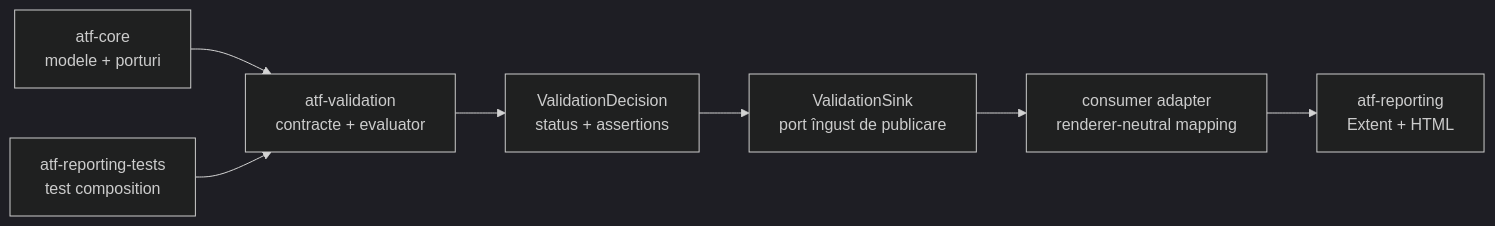
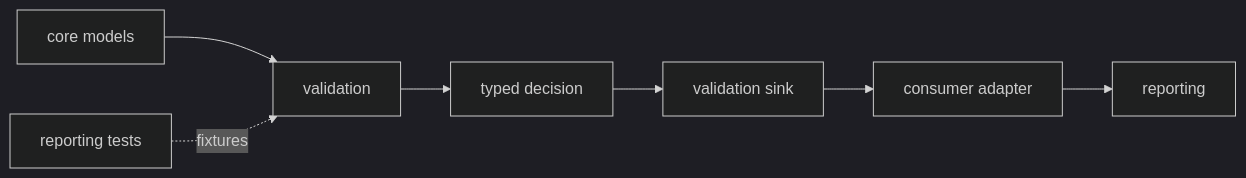
Before and after one commit to crististefanita/demo2: the first of 2 diagrams in atf-validation/README.md, drawn with Mermaid (dark theme). The commit also changed 132 other files, not shown here.

Commit message:
Refine Java ATF reporting assets and Practice Shop validation

````diff
--- a/atf-validation/README.md
+++ b/atf-validation/README.md
@@ -22,9 +22,9 @@
 ```mermaid
 flowchart LR
-    Core[atf-core<br/>modele + porturi] --> Validation[atf-validation<br/>contracte + evaluator]
-    ReportingTests[atf-reporting-tests<br/>test composition] --> Validation
-    Validation --> Decision[ValidationDecision<br/>status + assertions]
-    Decision --> Sink[ValidationSink<br/>port îngust de publicare]
-    Sink --> Adapter[consumer adapter<br/>renderer-neutral mapping]
-    Adapter --> Reporting[atf-reporting<br/>Extent + HTML]
+    Core[core models] --> Validation[validation]
+    Tests[reporting tests] -. fixtures .-> Validation
+    Validation --> Decision[typed decision]
+    Decision --> Sink[validation sink]
+    Sink --> Adapter[consumer adapter]
+    Adapter --> Reporting[reporting]
 ```
````
